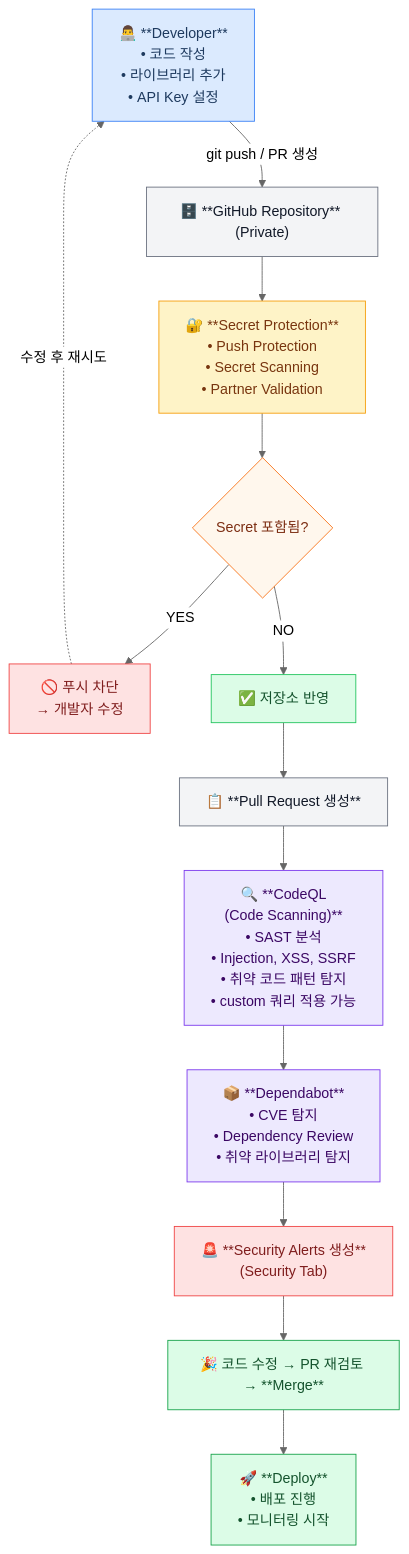
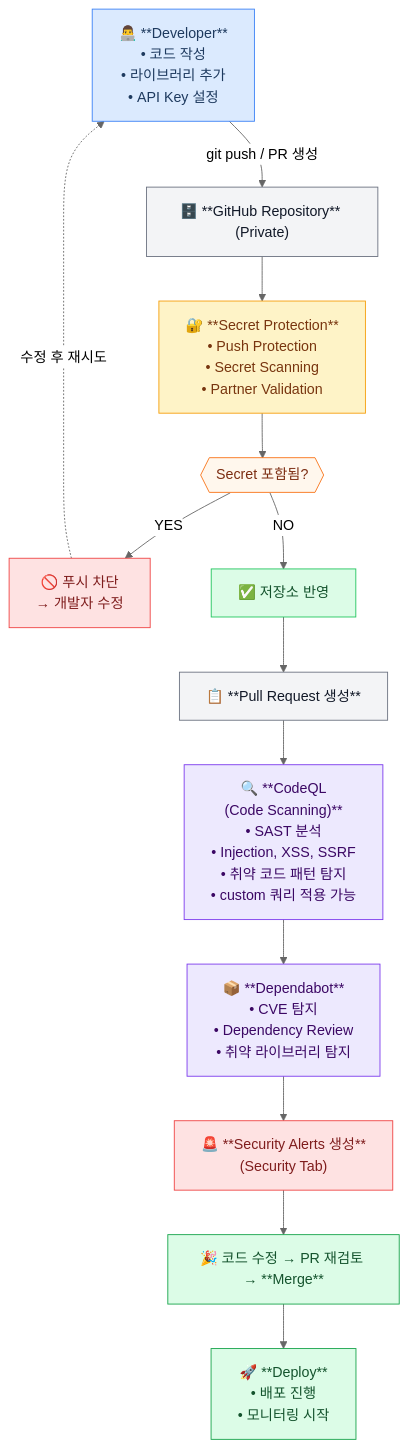
Before and after one commit to Anna-Jeong-MS/azurekorea: the diagram in _posts/2026-04-15-GHAS-Code-Scanning.md, drawn with Mermaid (neutral theme). The commit also changed other lines of this file, not shown here.

Commit message:
update contents

````diff
--- a/_posts/2026-04-15-GHAS-Code-Scanning.md
+++ b/_posts/2026-04-15-GHAS-Code-Scanning.md
@@ -301,51 +300,69 @@
 ```mermaid
 flowchart TD
-    DEV["👨‍💻 **Developer**<br/>• 코드 작성<br/>• 라이브러리 추가<br/>• API Key 설정"]
+    DEV["👨‍💻 **Developer**
+    • 코드 작성
+    • 라이브러리 추가
+    • API Key 설정"]
 
     REPO["🗄️ **GitHub Repository** (Private)"]
 
-    SP["🔐 **Secret Protection**<br/>• Push Protection<br/>• Secret Scanning<br/>• Partner Validation"]
+    SP["🔐 **Secret Protection**
+    • Push Protection
+    • Secret Scanning
+    • Partner Validation"]
 
-    DEC{"Secret 포함됨?"}
+    DEC{{"Secret 포함됨?"}}
 
-    BLOCK["🚫 푸시 차단<br/>→ 개발자 수정"]
+    BLOCK["🚫 푸시 차단
+    → 개발자 수정"]
 
     MERGED["✅ 저장소 반영"]
 
     PR["📋 **Pull Request 생성**"]
 
-    CODEQL["🔍 **CodeQL<br/>(Code Scanning)**<br/>• SAST 분석<br/>• Injection, XSS, SSRF<br/>• 취약 코드 패턴 탐지<br/>• custom 쿼리 적용 가능"]
+    CODEQL["🔍 **CodeQL
+    (Code Scanning)**
+    • SAST 분석
+    • Injection, XSS, SSRF
+    • 취약 코드 패턴 탐지
+    • custom 쿼리 적용 가능"]
 
-    DEPENDABOT["📦 **Dependabot**<br/>• CVE 탐지<br/>• Dependency Review<br/>• 취약 라이브러리 탐지"]
+    DEPENDABOT["📦 **Dependabot**
+    • CVE 탐지
+    • Dependency Review
+    • 취약 라이브러리 탐지"]
 
-    ALERTS["🚨 **Security Alerts 생성**<br/>(Security Tab)"]
+    ALERTS["🚨 **Security Alerts 생성**
+    (Security Tab)"]
 
     MERGE["🎉 코드 수정 → PR 재검토 → **Merge**"]
 
-    Deploy["🚀 **Deploy**<br/>• 배포 진행<br/>• 모니터링 시작"]
+    Deploy["🚀 **Deploy**
+    • 배포 진행
+    • 모니터링 시작"]
 
     DEV -->|"git push / PR 생성"| REPO
     REPO --> SP
     SP --> DEC
     DEC -->|"YES"| BLOCK
     BLOCK -.->|"수정 후 재시도"| DEV
     DEC -->|"NO"| MERGED
     MERGED --> PR
     PR --> CODEQL
     CODEQL --> DEPENDABOT
     DEPENDABOT --> ALERTS
     ALERTS --> MERGE
     MERGE --> Deploy
     style DEV fill:#dbeafe,stroke:#3b82f6,color:#1e3a5f
     style REPO fill:#f3f4f6,stroke:#6b7280,color:#111827
     style SP fill:#fef3c7,stroke:#f59e0b,color:#78350f
     style DEC fill:#fff7ed,stroke:#f97316,color:#7c2d12
     style BLOCK fill:#fee2e2,stroke:#ef4444,color:#7f1d1d
     style MERGED fill:#dcfce7,stroke:#22c55e,color:#14532d
     style PR fill:#f3f4f6,stroke:#6b7280,color:#111827
     style CODEQL fill:#ede9fe,stroke:#7c3aed,color:#3b0764
     style DEPENDABOT fill:#ede9fe,stroke:#7c3aed,color:#3b0764
     style ALERTS fill:#fee2e2,stroke:#ef4444,color:#7f1d1d
     style MERGE fill:#dcfce7,stroke:#16a34a,color:#14532d
     style Deploy fill:#dcfce7,stroke:#16a34a,color:#14532d
 ```
````
